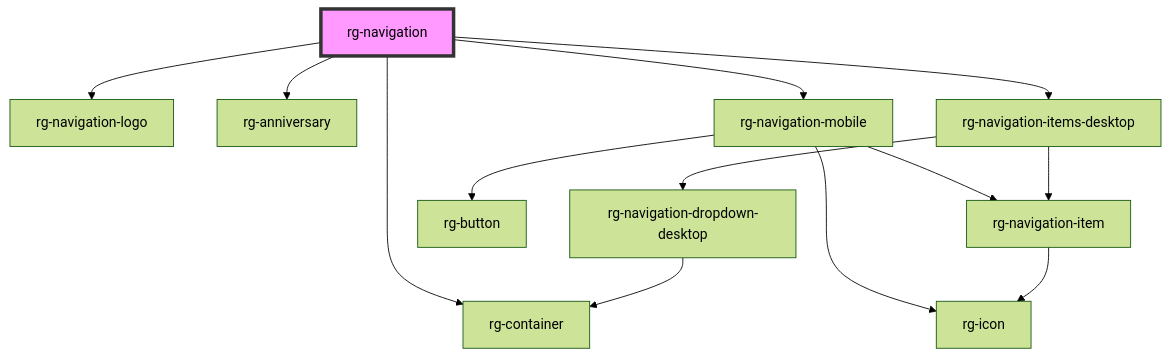
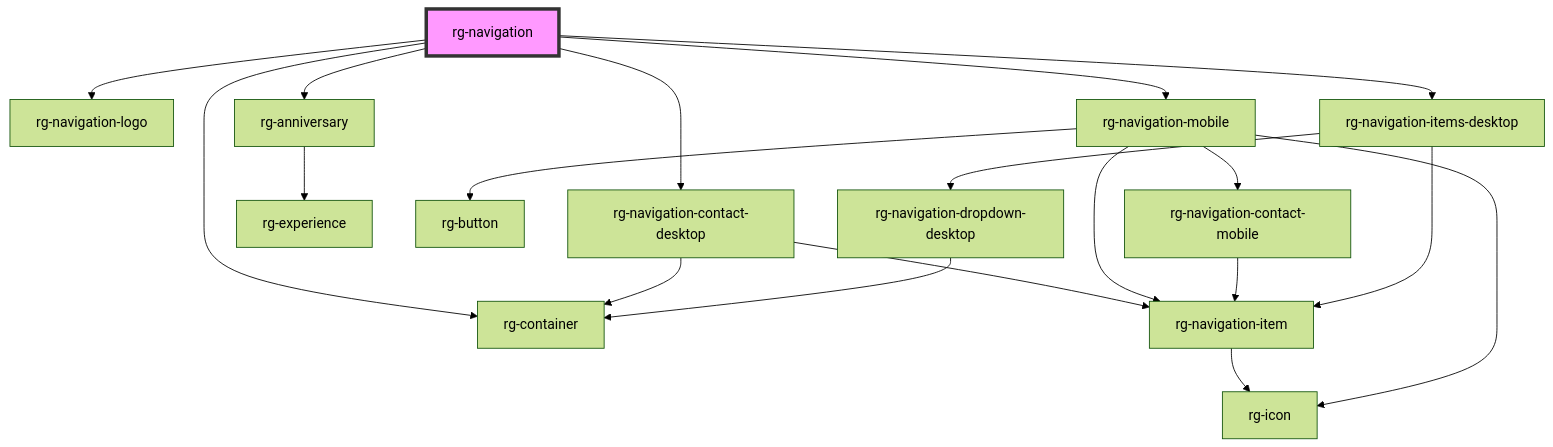
The diagram in src/components/navigation/readme.md (tomas862/regila-ui), drawn with Mermaid (forest theme) before and after one commit. The commit also changed other lines of this file and 24 other files, not shown here.

````diff
--- a/src/components/navigation/readme.md
+++ b/src/components/navigation/readme.md
@@ -31,16 +33,22 @@
 ```mermaid
 graph TD;
   rg-navigation --> rg-navigation-logo
   rg-navigation --> rg-anniversary
+  rg-navigation --> rg-navigation-contact-desktop
   rg-navigation --> rg-container
   rg-navigation --> rg-navigation-mobile
   rg-navigation --> rg-navigation-items-desktop
+  rg-anniversary --> rg-experience
+  rg-navigation-contact-desktop --> rg-container
+  rg-navigation-contact-desktop --> rg-navigation-item
+  rg-navigation-item --> rg-icon
   rg-navigation-mobile --> rg-navigation-item
   rg-navigation-mobile --> rg-button
   rg-navigation-mobile --> rg-icon
-  rg-navigation-item --> rg-icon
+  rg-navigation-mobile --> rg-navigation-contact-mobile
+  rg-navigation-contact-mobile --> rg-navigation-item
   rg-navigation-items-desktop --> rg-navigation-item
   rg-navigation-items-desktop --> rg-navigation-dropdown-desktop
   rg-navigation-dropdown-desktop --> rg-container
   style rg-navigation fill:#f9f,stroke:#333,stroke-width:4px
 ```
````
